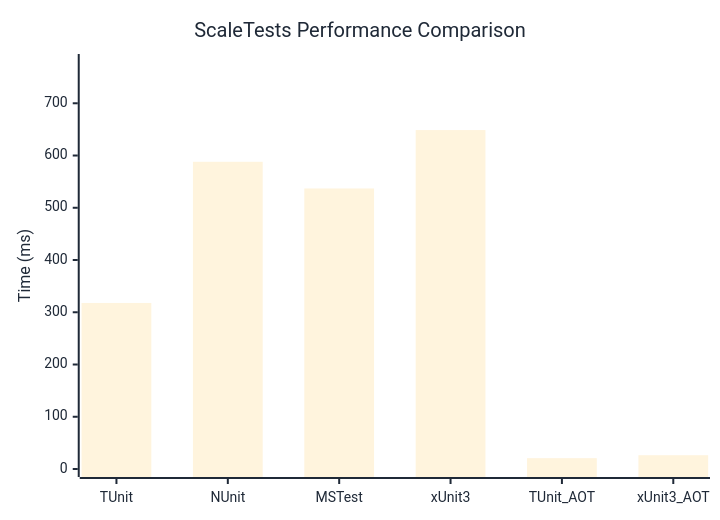
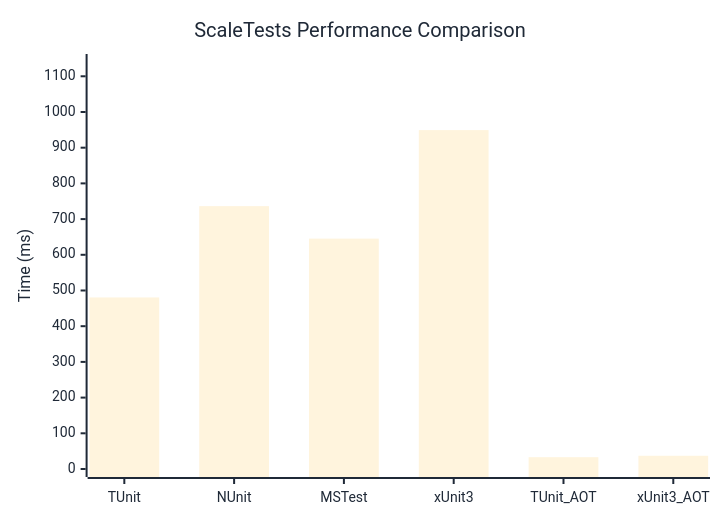
One commit to thomhurst/TUnit changed the diagram in docs/docs/benchmarks/engine/ScaleTests.md. Above: the diagram before and after it, drawn with Mermaid. The commit also changed other lines of this file and 18 other files, not shown here.

````diff
--- a/docs/docs/benchmarks/engine/ScaleTests.md
+++ b/docs/docs/benchmarks/engine/ScaleTests.md
@@ -30,37 +30,37 @@
 ```mermaid
 %%{init: {
   'theme':'base',
   'themeVariables': {
     'primaryColor': '#2563eb',
     'primaryTextColor': '#1f2937',
     'primaryBorderColor': '#1e40af',
     'lineColor': '#6b7280',
     'secondaryColor': '#7c3aed',
     'tertiaryColor': '#dc2626',
     'background': '#ffffff',
     'mainBkg': '#2563eb',
     'secondBkg': '#7c3aed',
     'tertiaryBkg': '#dc2626',
     'clusterBkg': '#f3f4f6',
     'edgeLabelBackground': '#ffffff',
     'tertiaryTextColor': '#1f2937',
     'pie1': '#2563eb',
     'pie2': '#7c3aed',
     'pie3': '#dc2626',
     'pie4': '#f59e0b',
     'pie5': '#10b981',
     'pie6': '#06b6d4',
     'pie7': '#ec4899',
     'pie8': '#6366f1',
     'pie9': '#84cc16',
     'pie10': '#f97316',
     'pie11': '#14b8a6',
     'pie12': '#a855f7'
   }
 }}%%
 xychart-beta
   title "ScaleTests Performance Comparison"
   x-axis ["TUnit", "NUnit", "MSTest", "xUnit3", "TUnit_AOT", "xUnit3_AOT"]
-  y-axis "Time (ms)" 0 --> 779
-  bar [317.8, 588.01, 536.9, 648.73, 20.73, 26.37]
+  y-axis "Time (ms)" 0 --> 1140
+  bar [480.55, 736.26, 645.3, 949.2, 33.1, 37.08]
 ```
````
